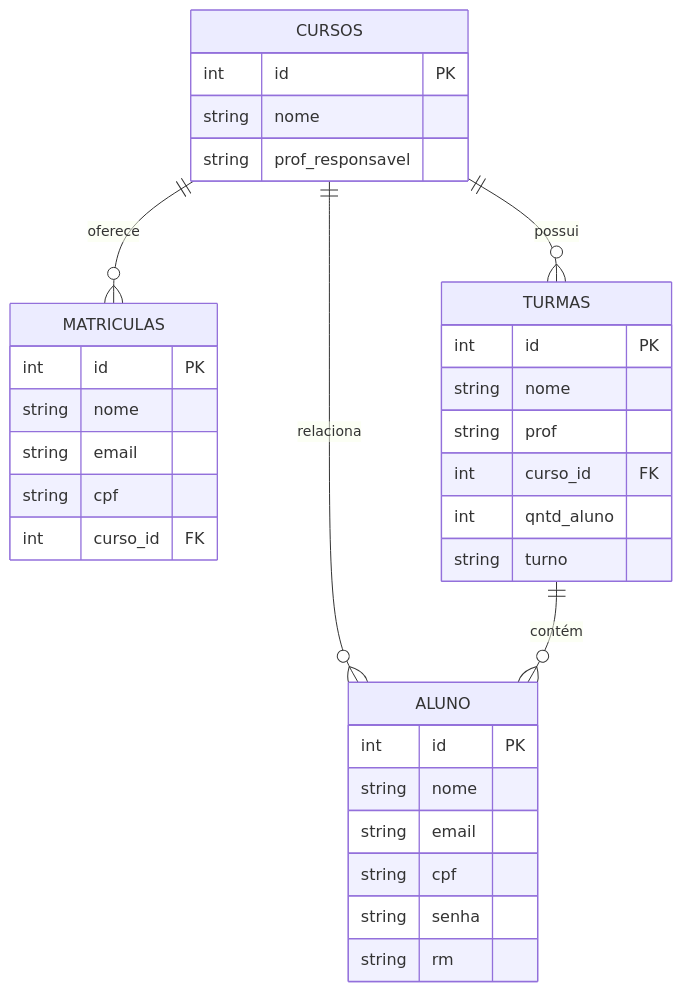
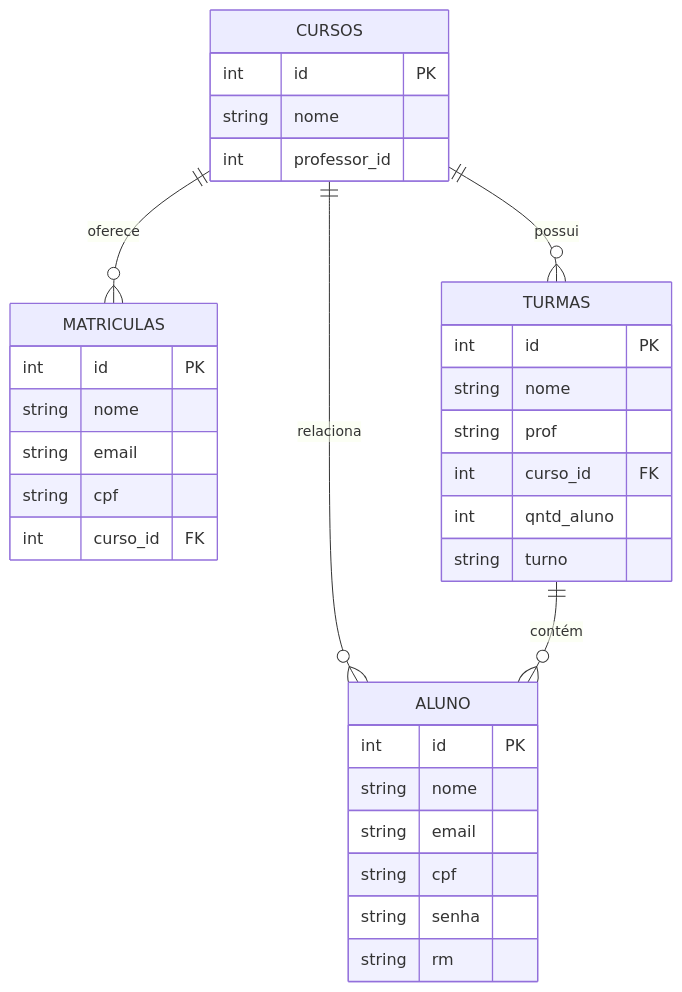
One commit to luccasirineu/tivit-academy changed the diagram in README.md. Above: the diagram before and after it, drawn with Mermaid. The commit also changed 70 other files, not shown here.

````diff
--- a/README.md
+++ b/README.md
@@ -52,40 +52,40 @@
 ```mermaid
 erDiagram
     MATRICULAS {
         int id PK
         string nome
         string email
         string cpf
         int curso_id FK
     }
 
     CURSOS {
         int id PK
         string nome
-        string prof_responsavel
+        int professor_id
     }
 
     TURMAS {
         int id PK
         string nome
         string prof
         int curso_id FK
         int qntd_aluno
         string turno
     }
 
     ALUNO {
         int id PK
         string nome
         string email
         string cpf
         string senha
         string rm
     }
 
     %% RELACIONAMENTOS
     CURSOS ||--o{ MATRICULAS : "oferece"
     CURSOS ||--o{ TURMAS : "possui"
     CURSOS ||--o{ ALUNO : "relaciona"
     TURMAS ||--o{ ALUNO : "contém"
 ```
````
